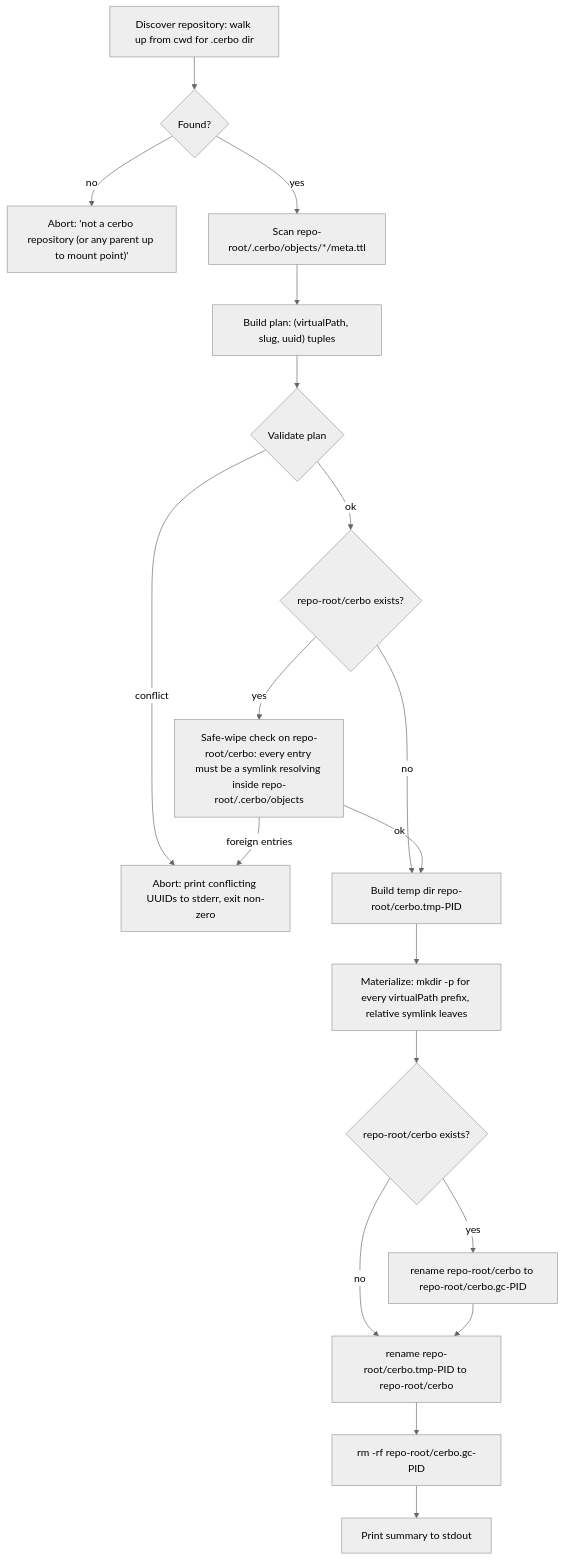
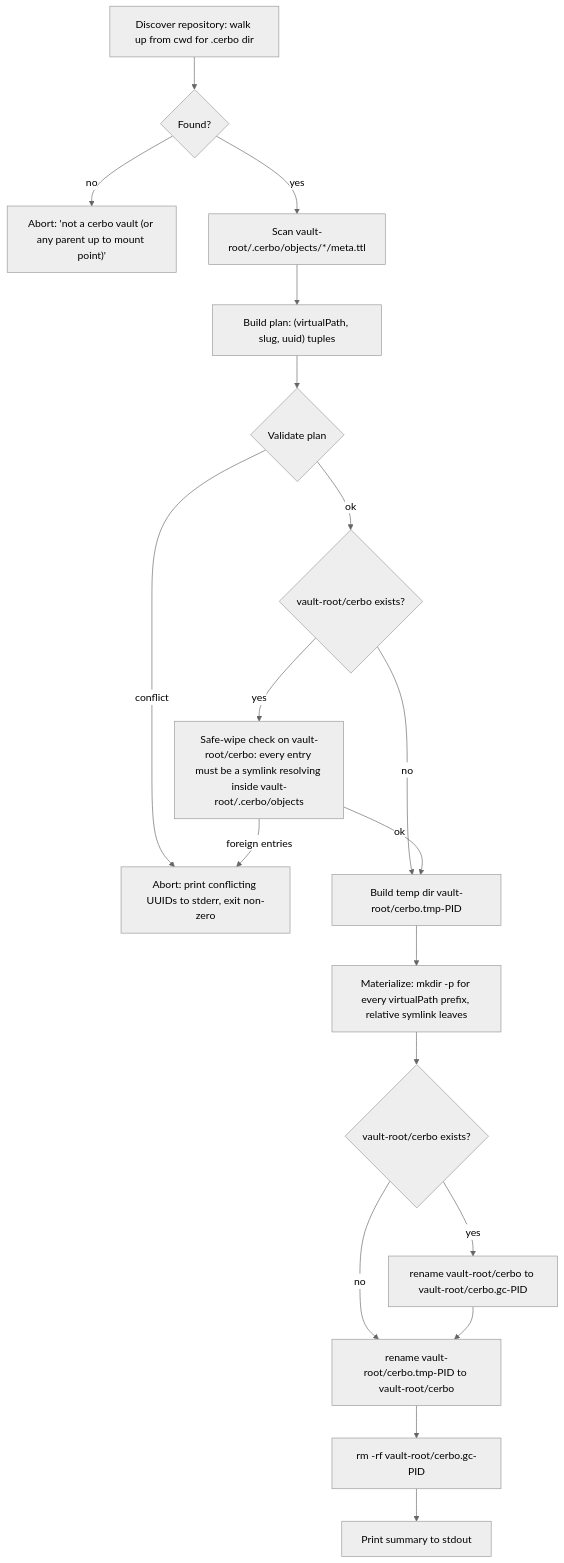
One commit to antono/cerbo changed the diagram in openspec/changes/archive/2026-05-18-add-vault-symlink-command/design.md. Above: the diagram before and after it, drawn with Mermaid (neutral theme). The commit also changed other lines of this file and 12 other files, not shown here.

First line of the commit message:
🔨 Refactor: Rename repository root → vault root; fix vault discovery and init

````diff
--- a/openspec/changes/archive/2026-05-18-add-vault-symlink-command/design.md
+++ b/openspec/changes/archive/2026-05-18-add-vault-symlink-command/design.md
@@ -36,21 +36,21 @@
 ```mermaid
 flowchart TD
     A["Discover repository: walk up from cwd for .cerbo dir"] --> A2{"Found?"}
-    A2 -- no --> X0["Abort: 'not a cerbo repository (or any parent up to mount point)'"]
-    A2 -- yes --> B["Scan repo-root/.cerbo/objects/*/meta.ttl"]
+    A2 -- no --> X0["Abort: 'not a cerbo vault (or any parent up to mount point)'"]
+    A2 -- yes --> B["Scan vault-root/.cerbo/objects/*/meta.ttl"]
     B --> C["Build plan: (virtualPath, slug, uuid) tuples"]
     C --> D{"Validate plan"}
     D -- conflict --> X["Abort: print conflicting UUIDs to stderr, exit non-zero"]
-    D -- ok --> E{"repo-root/cerbo exists?"}
-    E -- no --> G["Build temp dir repo-root/cerbo.tmp-PID"]
-    E -- yes --> F["Safe-wipe check on repo-root/cerbo: every entry must be a symlink resolving inside repo-root/.cerbo/objects"]
+    D -- ok --> E{"vault-root/cerbo exists?"}
+    E -- no --> G["Build temp dir vault-root/cerbo.tmp-PID"]
+    E -- yes --> F["Safe-wipe check on vault-root/cerbo: every entry must be a symlink resolving inside vault-root/.cerbo/objects"]
     F -- foreign entries --> X
     F -- ok --> G
     G --> H["Materialize: mkdir -p for every virtualPath prefix, relative symlink leaves"]
-    H --> I{"repo-root/cerbo exists?"}
-    I -- yes --> J["rename repo-root/cerbo to repo-root/cerbo.gc-PID"]
-    I -- no --> K["rename repo-root/cerbo.tmp-PID to repo-root/cerbo"]
+    H --> I{"vault-root/cerbo exists?"}
+    I -- yes --> J["rename vault-root/cerbo to vault-root/cerbo.gc-PID"]
+    I -- no --> K["rename vault-root/cerbo.tmp-PID to vault-root/cerbo"]
     J --> K
-    K --> L["rm -rf repo-root/cerbo.gc-PID"]
+    K --> L["rm -rf vault-root/cerbo.gc-PID"]
     L --> M["Print summary to stdout"]
 ```
````
